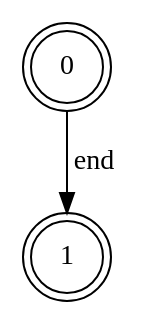
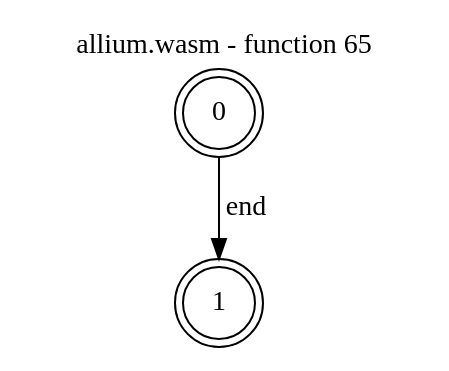
Before and after one commit to jsCarleton/wanalyze: the diagram in test_cases/allium/funcs/allium-func65.dot, drawn with Graphviz. The commit also changed 2386 other files, not shown here.

```diff
--- a/test_cases/allium/funcs/allium-func65.dot
+++ b/test_cases/allium/funcs/allium-func65.dot
@@ -1,5 +1,10 @@
 digraph finite_state_machine {
+    label = "allium.wasm - function 65"
+    labelloc =  t
+    labelfontsize = 16
+    labelfontcolor = black
+    labelfontname = "Helvetica"
     node [shape = doublecircle]; 0 1;
     node [shape = circle];
     0 -> 1[label = "end"];
 }
```
